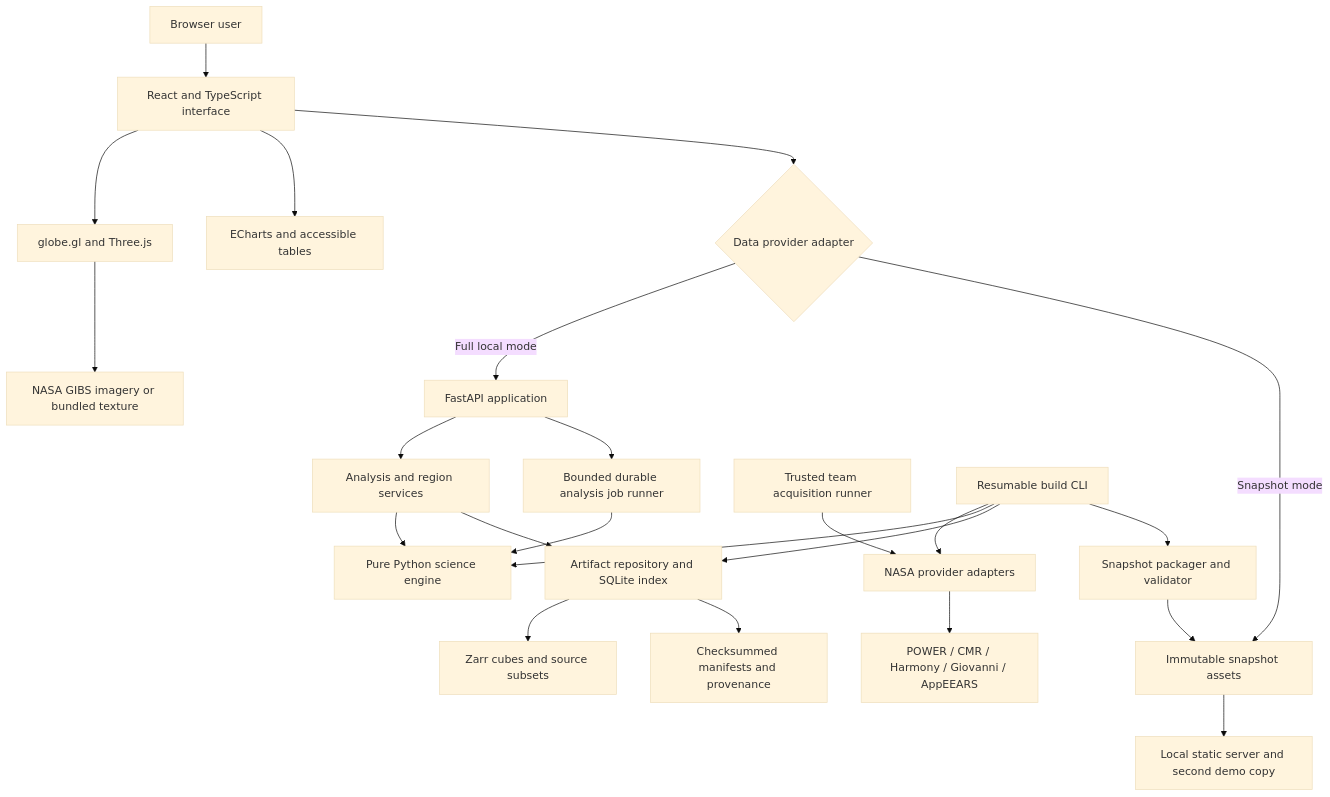
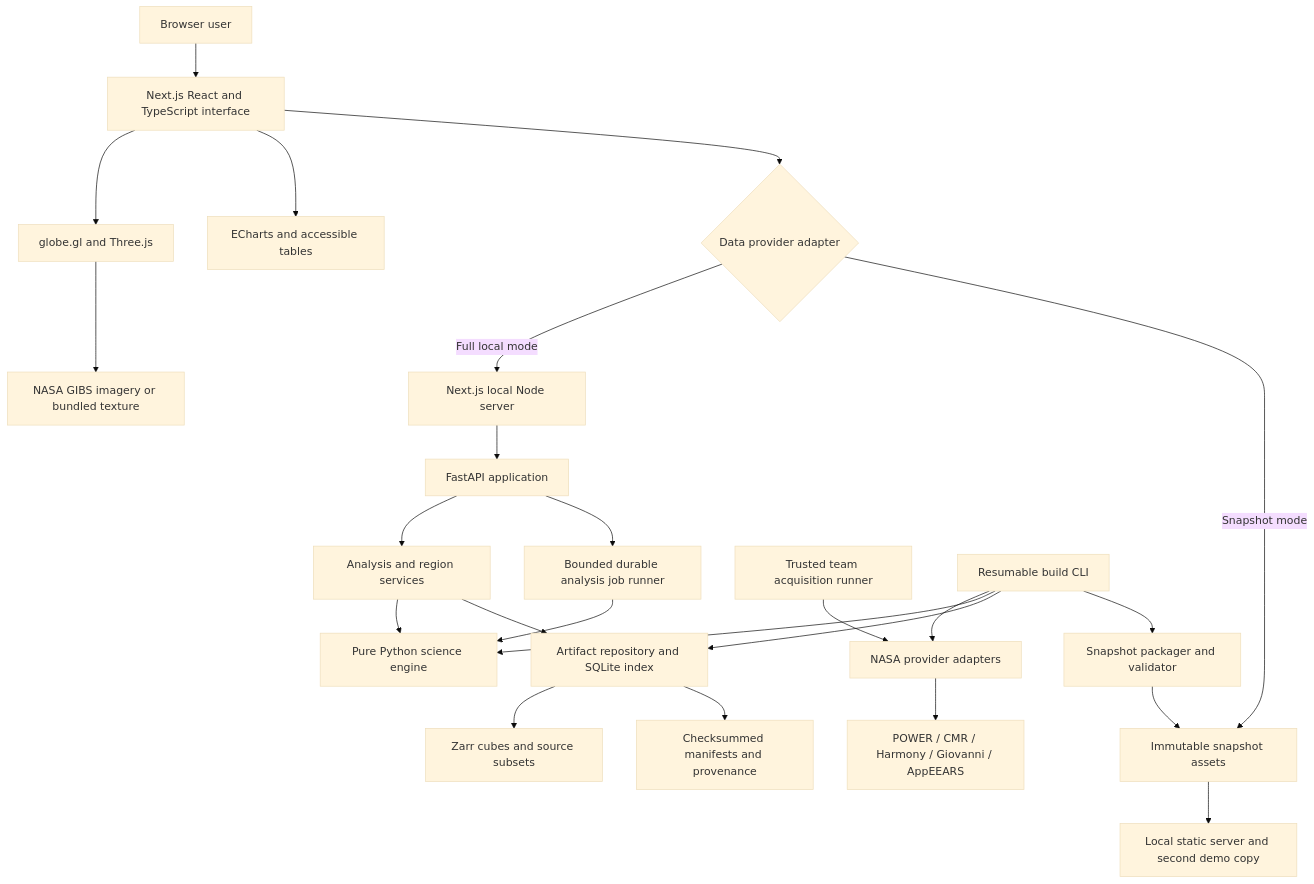
The first of 2 diagrams in docs/TECHNICAL_DESIGN.md (Iris-NASC26/iris), drawn with Mermaid (base theme) before and after one commit. The commit also changed other lines of this file and 59 other files, not shown here.

First line of the commit message:
feat(U01): migrate web app to Next.js and integrate Navida public UI

````diff
--- a/docs/TECHNICAL_DESIGN.md
+++ b/docs/TECHNICAL_DESIGN.md
@@ -59,25 +59,26 @@
 ```mermaid
 flowchart TB
-    U[Browser user] --> UI[React and TypeScript interface]
+    U[Browser user] --> UI[Next.js React and TypeScript interface]
     UI --> G[globe.gl and Three.js]
     UI --> C[ECharts and accessible tables]
     UI --> D{Data provider adapter}
-    D -->|Full local mode| API[FastAPI application]
+    D -->|Full local mode| WEB[Next.js local Node server]
+    WEB --> API[FastAPI application]
     D -->|Snapshot mode| SNAP[Immutable snapshot assets]
     API --> APP[Analysis and region services]
     APP --> SCI[Pure Python science engine]
     APP --> STORE[Artifact repository and SQLite index]
     API --> JOB[Bounded durable analysis job runner]
     JOB --> SCI
     TRUST[Trusted team acquisition runner] --> AD[NASA provider adapters]
     AD --> NASA[POWER / CMR / Harmony / Giovanni / AppEEARS]
     CLI[Resumable build CLI] --> AD
     CLI --> SCI
     CLI --> STORE
     STORE --> CUBE[Zarr cubes and source subsets]
     STORE --> PROV[Checksummed manifests and provenance]
     CLI --> PACK[Snapshot packager and validator]
     PACK --> SNAP
     SNAP --> HOST[Local static server and second demo copy]
     G --> GIBS[NASA GIBS imagery or bundled texture]
 ```
````
